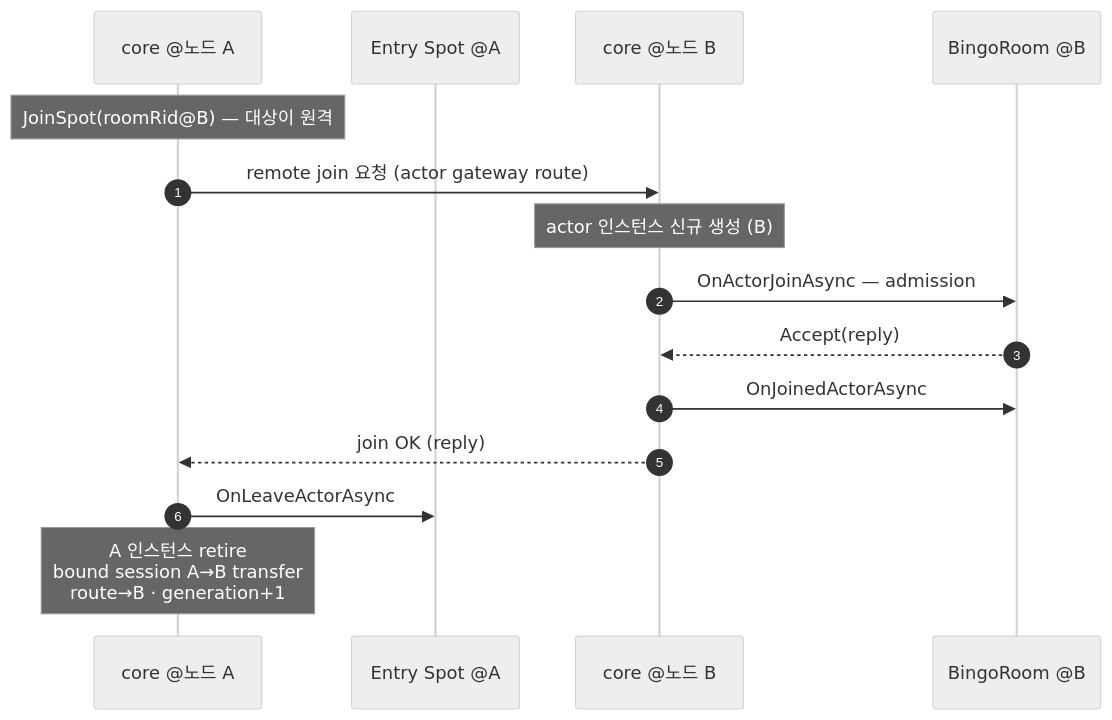
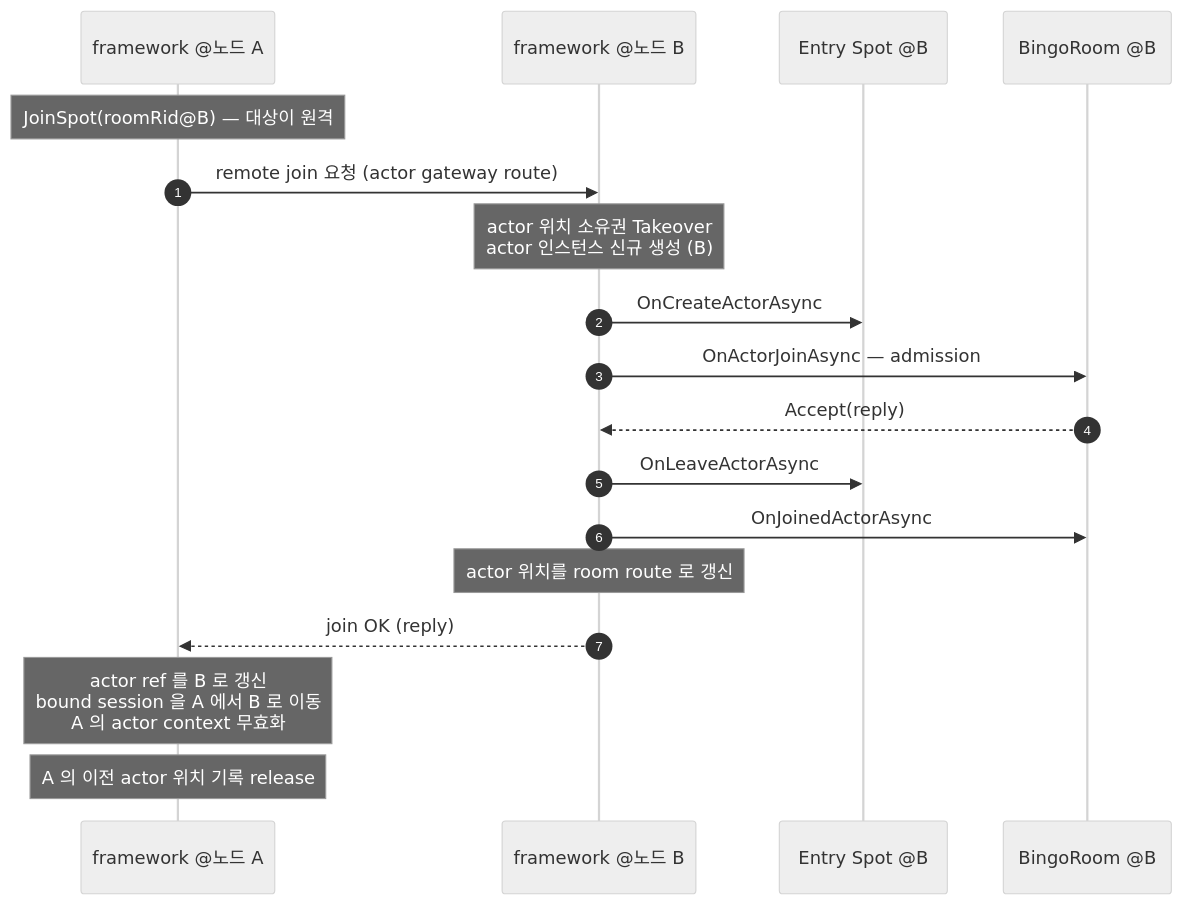
The second of 2 diagrams in framework/doc/framework/dotnet/guide/06-actor-spot.ko.md (kairos-code-dev/zlink), drawn with Mermaid (neutral theme) before and after one commit. The commit also changed other lines of this file and 22 other files, not shown here.

````diff
--- a/framework/doc/framework/dotnet/guide/06-actor-spot.ko.md
+++ b/framework/doc/framework/dotnet/guide/06-actor-spot.ko.md
@@ -185,17 +185,20 @@
 ```mermaid
 sequenceDiagram
   autonumber
-  participant CA as core @노드 A
-  participant E as Entry Spot @A
-  participant CB as core @노드 B
+  participant CA as framework @노드 A
+  participant CB as framework @노드 B
+  participant EB as Entry Spot @B
   participant R as BingoRoom @B
   Note over CA: JoinSpot(roomRid@B) — 대상이 원격
   CA->>CB: remote join 요청 (actor gateway route)
-  Note over CB: actor 인스턴스 신규 생성 (B)
+  Note over CB: actor 위치 소유권 Takeover<br/>actor 인스턴스 신규 생성 (B)
+  CB->>EB: OnCreateActorAsync
   CB->>R: OnActorJoinAsync — admission
   R-->>CB: Accept(reply)
+  CB->>EB: OnLeaveActorAsync
   CB->>R: OnJoinedActorAsync
+  Note over CB: actor 위치를 room route 로 갱신
   CB-->>CA: join OK (reply)
-  CA->>E: OnLeaveActorAsync
-  Note over CA: A 인스턴스 retire<br/>bound session A→B transfer<br/>route→B · generation+1
+  Note over CA: actor ref 를 B 로 갱신<br/>bound session 을 A 에서 B 로 이동<br/>A 의 actor context 무효화
+  Note over CA: A 의 이전 actor 위치 기록 release
 ```
````
